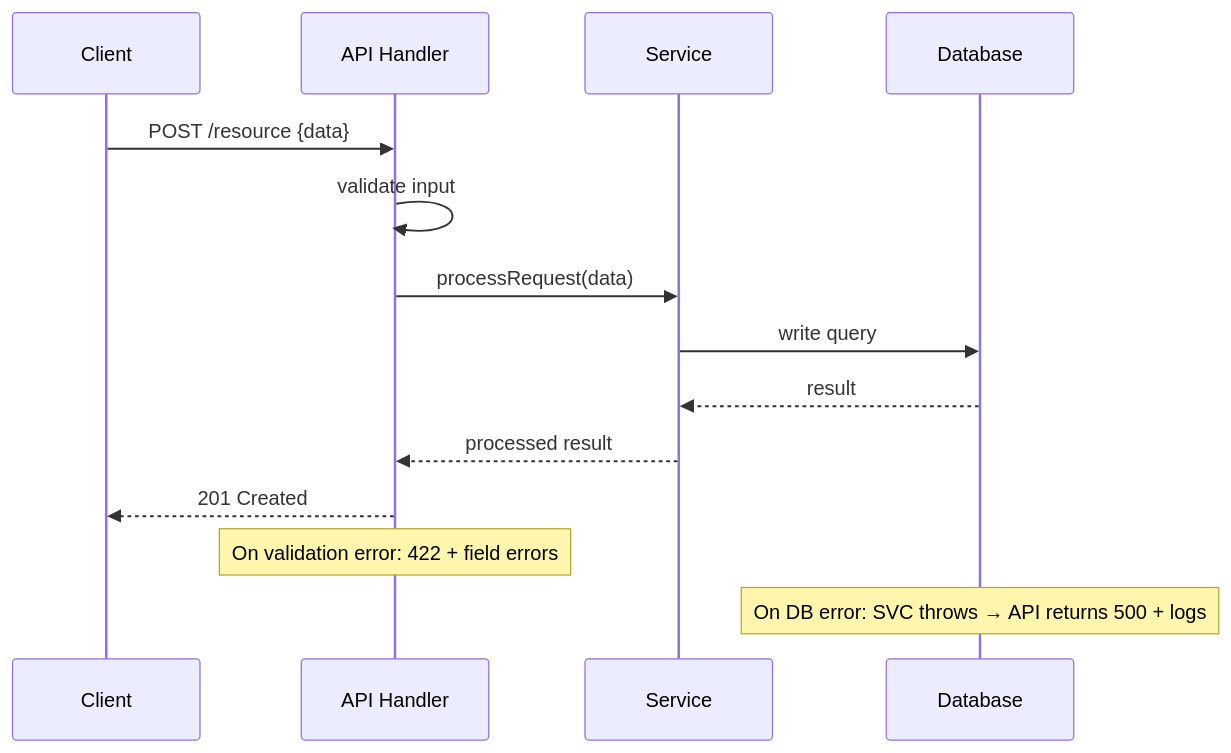
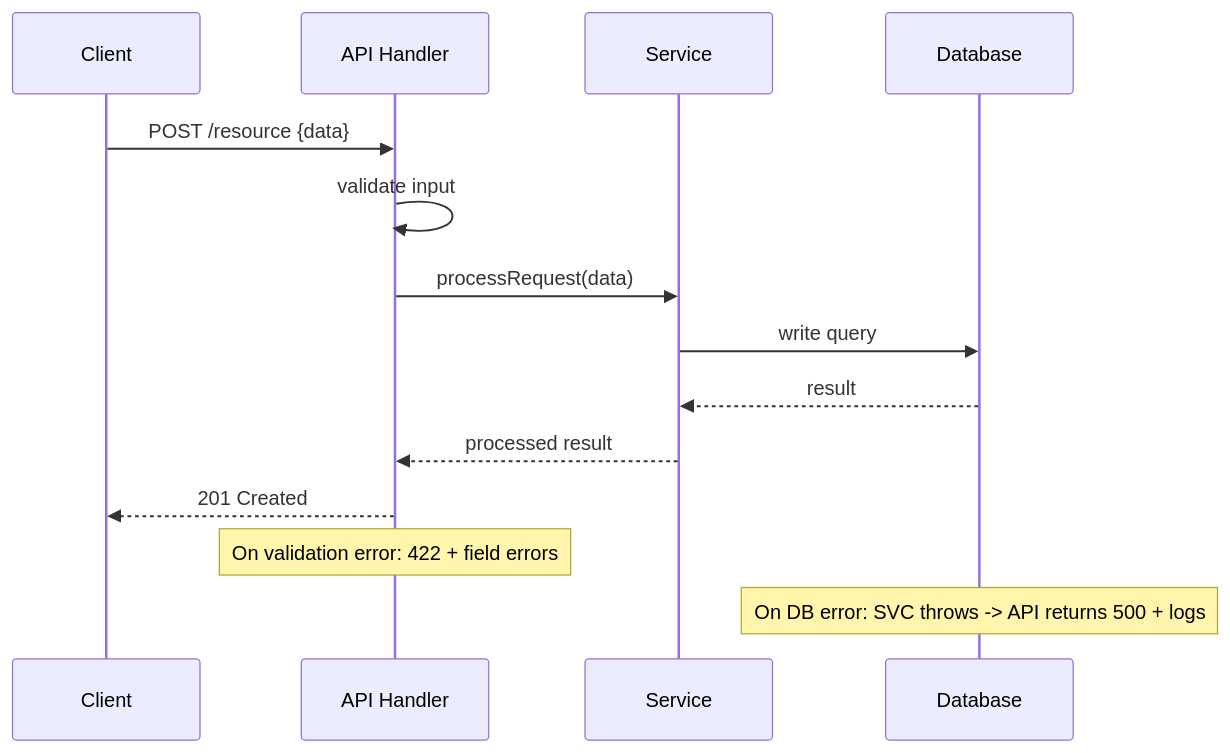
Before and after one commit to bpmforge/claude-experts: the diagram in agents/sdlc/onboard/entry-point-tracer.md, drawn with Mermaid. The commit also changed 15 other files, not shown here.

First line of the commit message:
security: harden researcher, fix mermaid syntax, extend LLM security checks

````diff
--- a/agents/sdlc/onboard/entry-point-tracer.md
+++ b/agents/sdlc/onboard/entry-point-tracer.md
@@ -86,16 +86,16 @@
 ```mermaid
 sequenceDiagram
     participant C as Client
     participant API as API Handler
     participant SVC as Service
     participant DB as Database
     C->>API: POST /resource {data}
     API->>API: validate input
     API->>SVC: processRequest(data)
     SVC->>DB: write query
     DB-->>SVC: result
     SVC-->>API: processed result
     API-->>C: 201 Created
     Note over API: On validation error: 422 + field errors
-    Note over DB: On DB error: SVC throws → API returns 500 + logs
+    Note over DB: On DB error: SVC throws -> API returns 500 + logs
 ```
````
